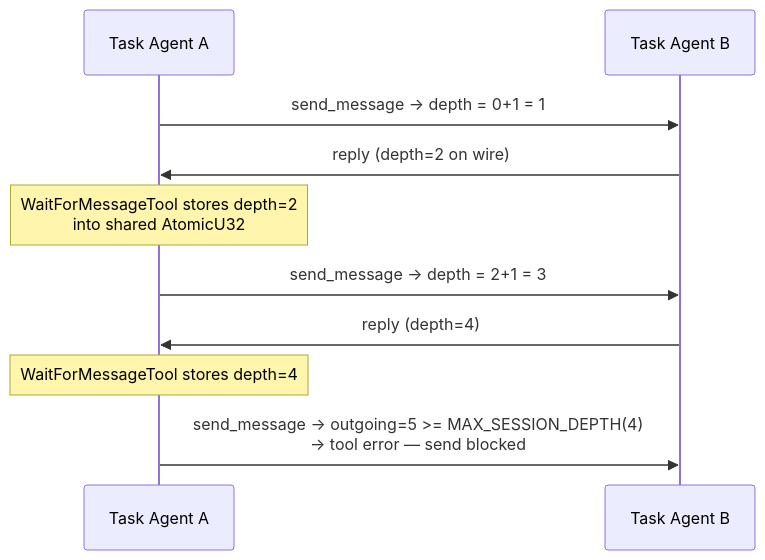
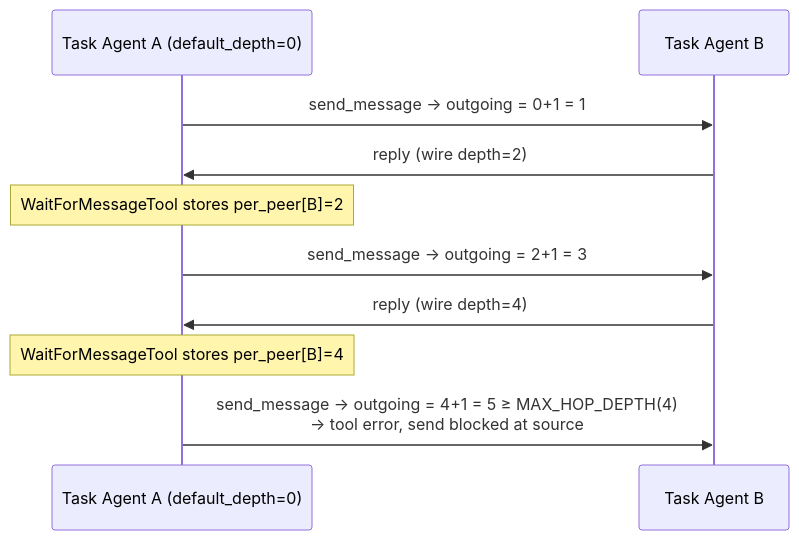
The seventh of 7 diagrams in docs/technical/session-room-protocol.md (swedishembedded/sven), drawn with Mermaid before and after one commit. The commit also changed other lines of this file and 41 other files, not shown here.

````diff
--- a/docs/technical/session-room-protocol.md
+++ b/docs/technical/session-room-protocol.md
@@ -484,13 +504,13 @@
 ```mermaid
 sequenceDiagram
-    participant SA as Task Agent A
+    participant SA as Task Agent A (default_depth=0)
     participant SB as Task Agent B
 
-    SA->>SB: send_message → depth = 0+1 = 1
-    SB->>SA: reply (depth=2 on wire)
-    Note over SA: WaitForMessageTool stores depth=2<br/>into shared AtomicU32
-    SA->>SB: send_message → depth = 2+1 = 3
-    SB->>SA: reply (depth=4)
-    Note over SA: WaitForMessageTool stores depth=4
-    SA->>SB: send_message → outgoing=5 >= MAX_SESSION_DEPTH(4)<br/>→ tool error — send blocked
+    SA->>SB: send_message → outgoing = 0+1 = 1
+    SB->>SA: reply (wire depth=2)
+    Note over SA: WaitForMessageTool stores per_peer[B]=2
+    SA->>SB: send_message → outgoing = 2+1 = 3
+    SB->>SA: reply (wire depth=4)
+    Note over SA: WaitForMessageTool stores per_peer[B]=4
+    SA->>SB: send_message → outgoing = 4+1 = 5 ≥ MAX_HOP_DEPTH(4)<br/>→ tool error, send blocked at source
 ```
````
